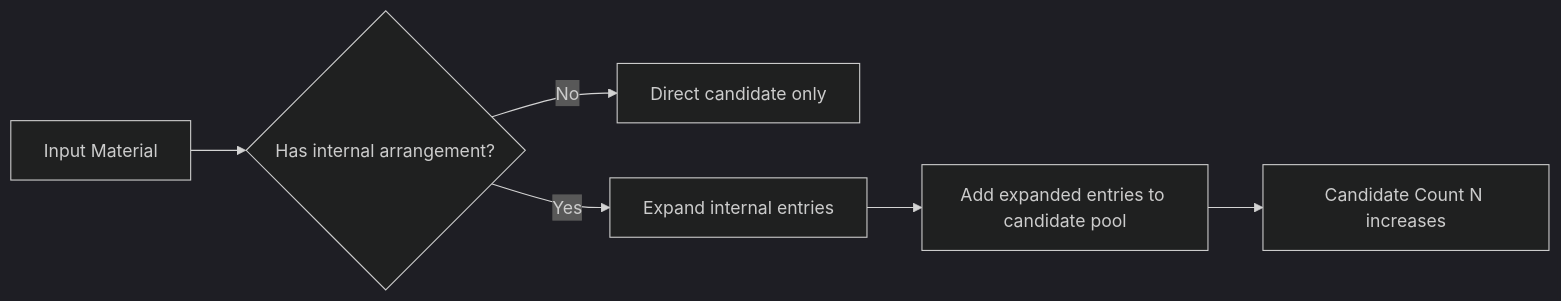
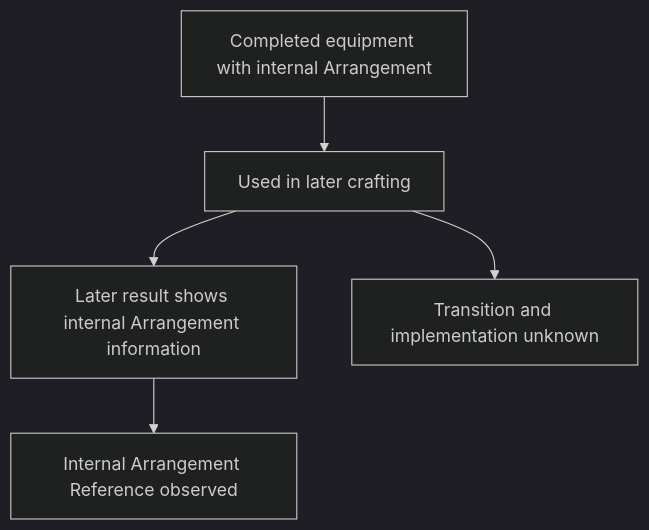
The diagram in mermaid/rune-factory-recursive-processing-flow-en.mmd (j13343sh/Rune-Factory-Inheritance-Research), drawn with Mermaid (dark theme) before and after one commit. The commit also changed 17 other files, not shown here.

```diff
--- a/mermaid/rune-factory-recursive-processing-flow-en.mmd
+++ b/mermaid/rune-factory-recursive-processing-flow-en.mmd
@@ -1,6 +1,5 @@
-flowchart LR
-    A[Input Material] --> B{Has internal arrangement?}
-    B -->|No| C[Direct candidate only]
-    B -->|Yes| D[Expand internal entries]
-    D --> E[Add expanded entries to candidate pool]
-    E --> F[Candidate Count N increases]
+flowchart TD
+    A[Completed equipment with internal Arrangement] --> B[Used in later crafting]
+    B --> C[Later result shows internal Arrangement information]
+    C --> D[Internal Arrangement Reference observed]
+    B --> E[Transition and implementation unknown]
```
